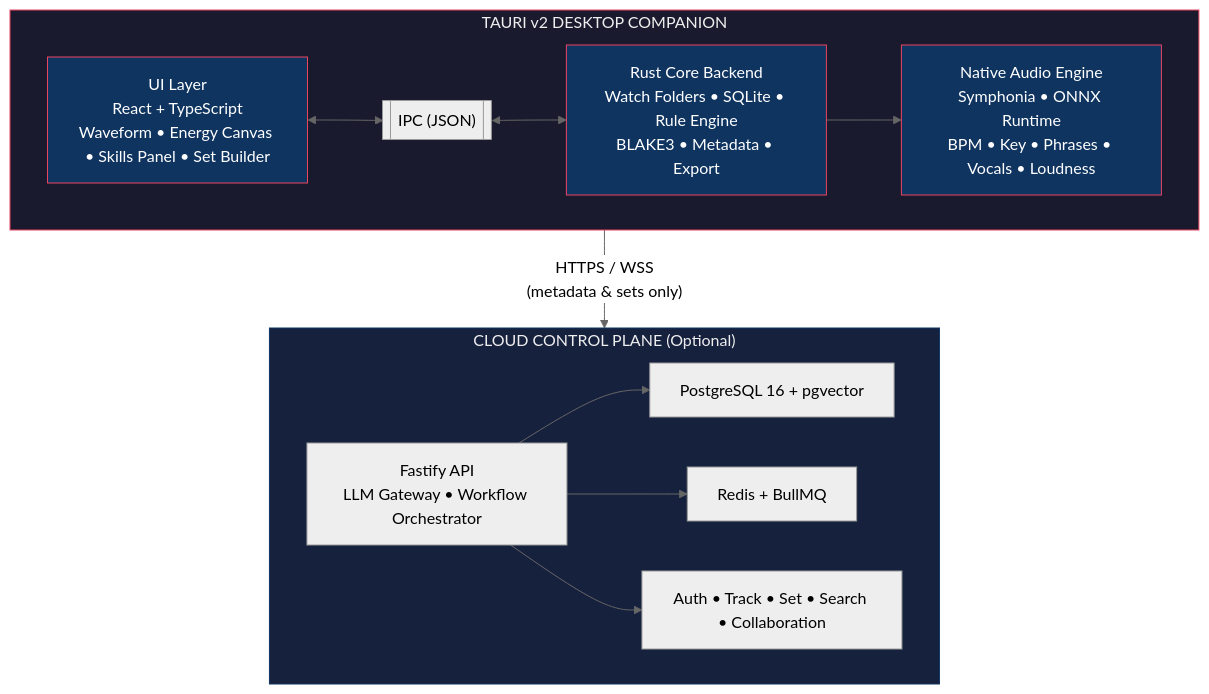
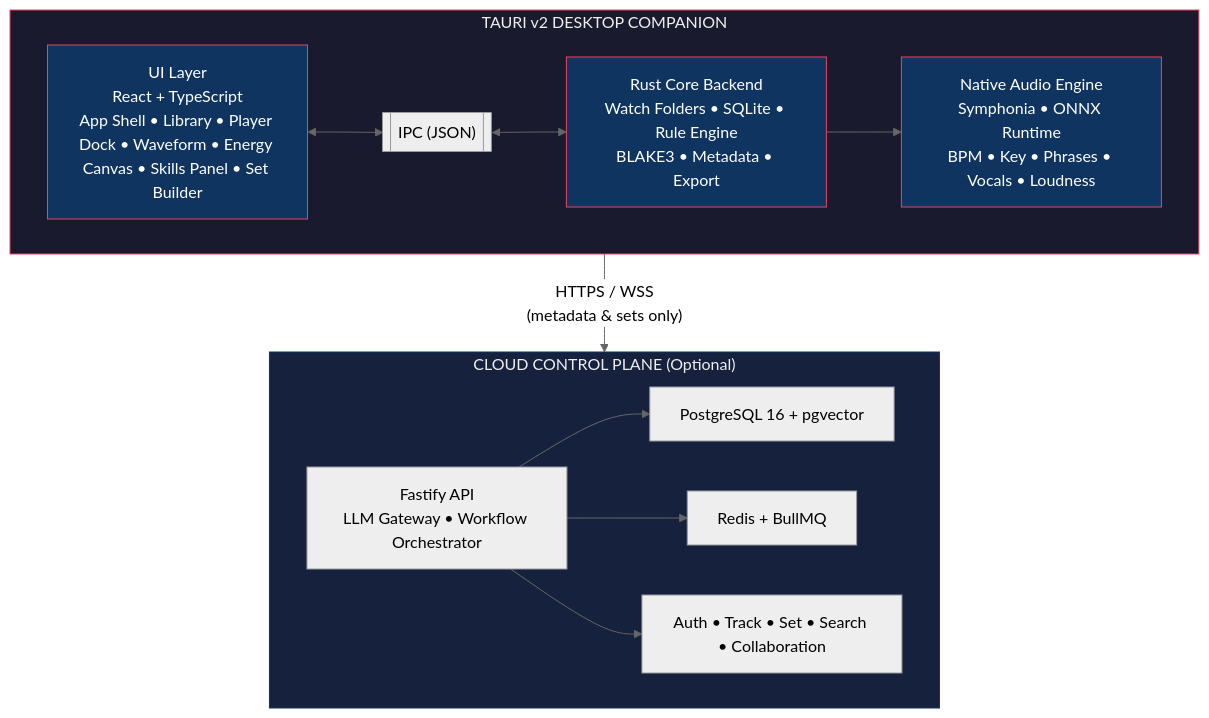
Before and after one commit to iDorgham/DJ-Assistant: the diagram in docs/diagrams/01-system-architecture.md, drawn with Mermaid (neutral theme). The commit also changed 31 other files, not shown here.

First line of the commit message:
feat(desktop): implement app-shell UI state management and player interface

````diff
--- a/docs/diagrams/01-system-architecture.md
+++ b/docs/diagrams/01-system-architecture.md
@@ -5,32 +5,32 @@
 ```mermaid
 flowchart TB
     subgraph Desktop["TAURI v2 DESKTOP COMPANION"]
-        UI["UI Layer<br/>React + TypeScript<br/>Waveform • Energy Canvas • Skills Panel • Set Builder"]
+        UI["UI Layer<br/>React + TypeScript<br/>App Shell • Library • Player Dock • Waveform • Energy Canvas • Skills Panel • Set Builder"]
         IPC[["IPC (JSON)"]]
         Rust["Rust Core Backend<br/>Watch Folders • SQLite • Rule Engine<br/>BLAKE3 • Metadata • Export"]
         Audio["Native Audio Engine<br/>Symphonia • ONNX Runtime<br/>BPM • Key • Phrases • Vocals • Loudness"]
         
         UI <--> IPC
         IPC <--> Rust
         Rust --> Audio
     end
 
     subgraph Cloud["CLOUD CONTROL PLANE (Optional)"]
         API["Fastify API<br/>LLM Gateway • Workflow Orchestrator"]
         DB["PostgreSQL 16 + pgvector"]
         Queue["Redis + BullMQ"]
         Services["Auth • Track • Set • Search • Collaboration"]
         
         API --> DB
         API --> Queue
         API --> Services
     end
 
     Desktop -->|"HTTPS / WSS<br/>(metadata & sets only)"| Cloud
 
     style Desktop fill:#1a1a2e,stroke:#e94560,color:#eee
     style Cloud fill:#16213e,stroke:#0f3460,color:#eee
     style UI fill:#0f3460,stroke:#e94560,color:#fff
     style Rust fill:#0f3460,stroke:#e94560,color:#fff
     style Audio fill:#0f3460,stroke:#e94560,color:#fff
 ```
````
